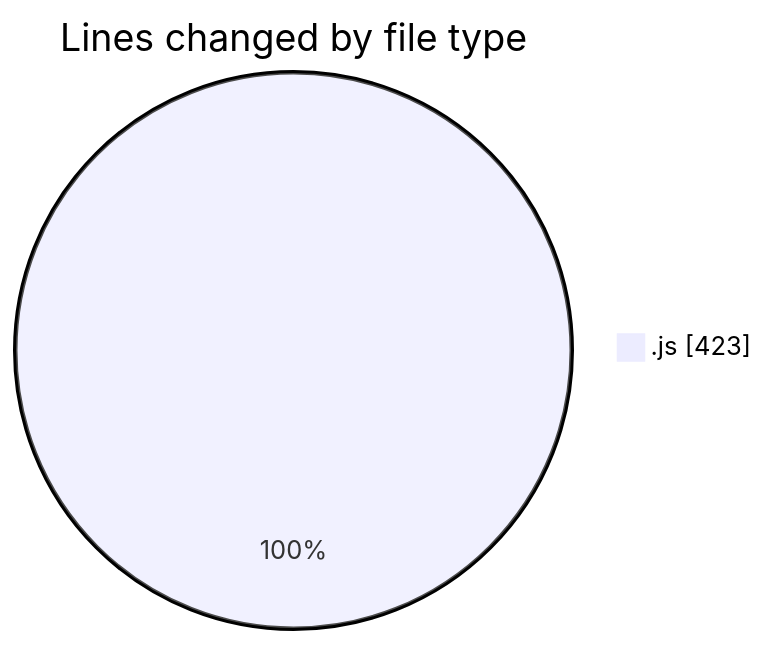
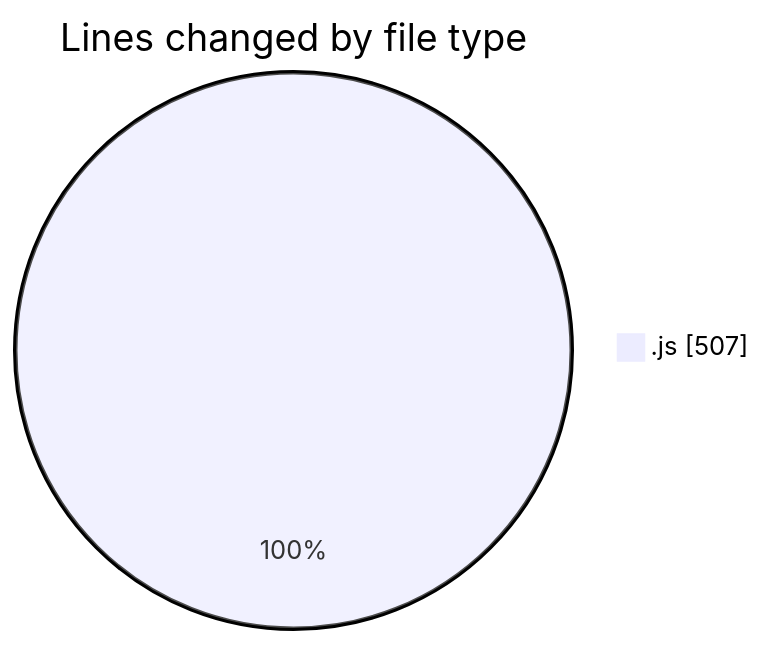
The first of 2 diagrams in 2025-04-08/nxtqube_webapp/README.md (nxtqubesakshisongat/code-tracking), drawn with Mermaid before and after one commit. The commit also changed other lines of this file and 1 other file, not shown here.

````diff
--- a/2025-04-08/nxtqube_webapp/README.md
+++ b/2025-04-08/nxtqube_webapp/README.md
@@ -21,5 +22,5 @@
 ```mermaid
 pie showData
 title Lines changed by file type
-".js" : 423
+".js" : 507
 ```
````
